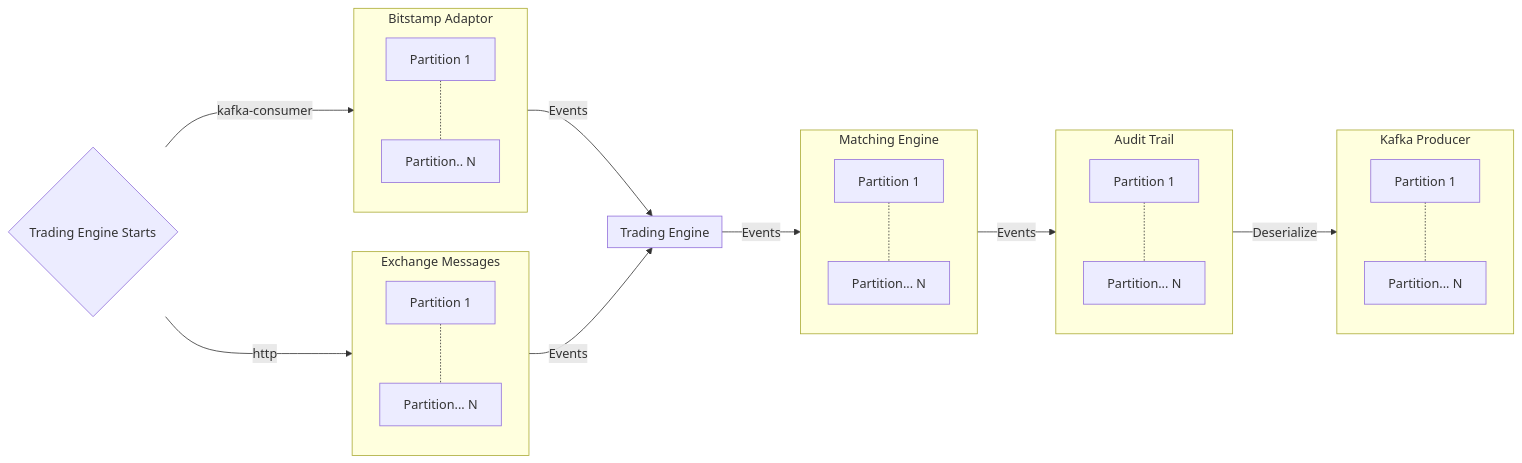
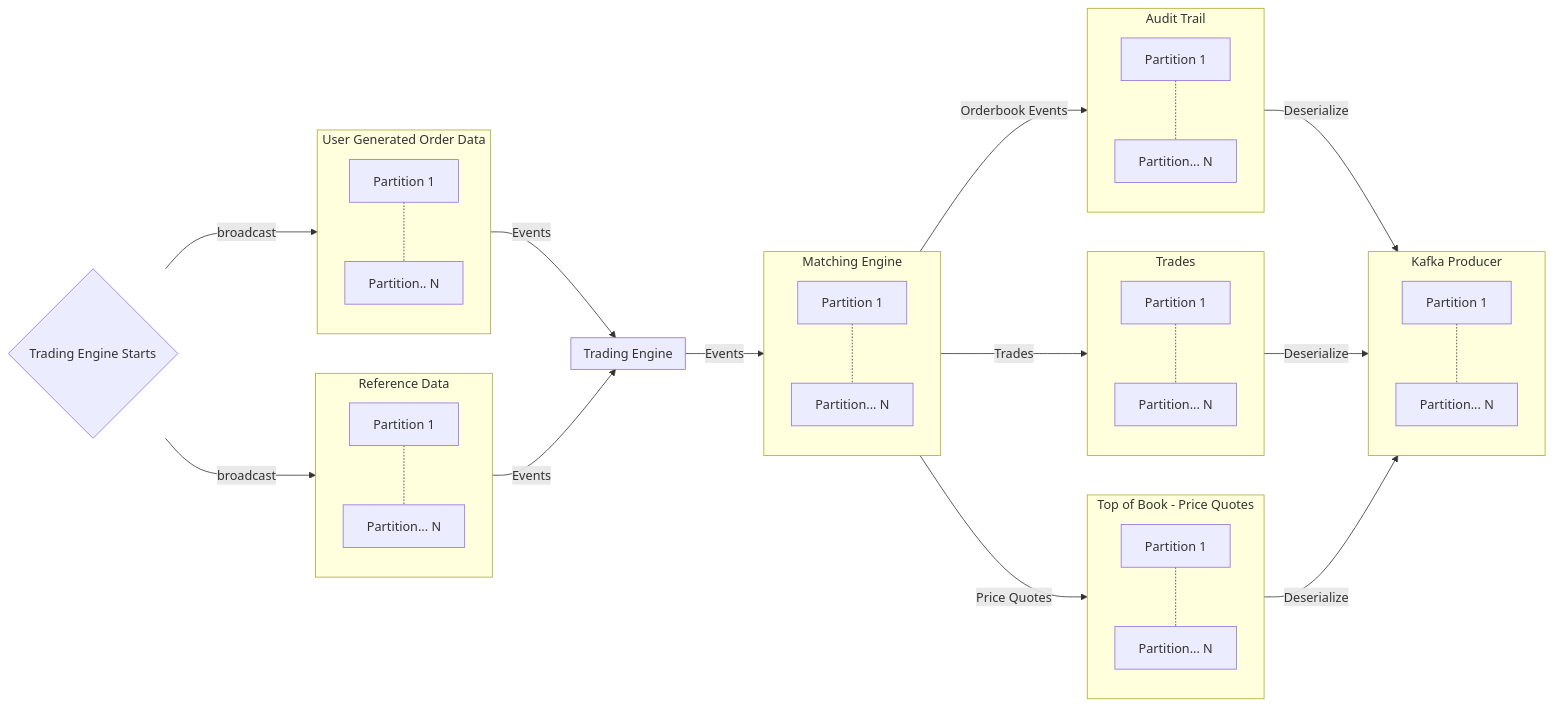
The diagram in docs/data-flow.md (christopherrons/herron-trading-engine), drawn with Mermaid before and after one commit. The commit also changed 3 other files, not shown here.

````diff
--- a/docs/data-flow.md
+++ b/docs/data-flow.md
@@ -11,33 +11,45 @@
 ```mermaid
 flowchart LR;
-    TES{Trading Engine Starts} ---> |kafka-consumer| BA
-    TES{Trading Engine Starts} ---> |http| EXM
-    
-    subgraph BA[Bitstamp Adaptor]
-        BSP1[Partition 1] -.- BSPN[Partition.. N]
-    end
-    
-   subgraph EXM[Exchange Messages]
-        EXP1[Partition 1] -.- EXP1N[Partition... N]
-    end
-    
-    BA --> |Events| TAE
-    EXM --> |Events|TAE
-    subgraph TAE[Trading Engine]
-    end
-    
-    TAE --> |Events| MAE
-    subgraph MAE[Matching Engine]
-       MAEP1[Partition 1] -.- MAEPN[Partition... N]
-    end
-    
-    MAE --> |Events| AUT
-    subgraph AUT[Audit Trail]
-        AUTP1[Partition 1] -.- AUTPN[Partition... N]
-    end
-    
-    AUT --> |Deserialize| KP
-    subgraph KP[Kafka Producer]
-            KPTP1[Partition 1] -.- KPTPN[Partition... N]
-    end
+TES{Trading Engine Starts} --->|broadcast|BA
+TES{Trading Engine Starts} ---> |broadcast|EXM
+
+subgraph BA[User Generated Order Data]
+BSP1[Partition 1] -.- BSPN[Partition.. N]
+end
+
+subgraph EXM[Reference Data]
+EXP1[Partition 1] -.- EXP1N[Partition... N]
+end
+
+BA -->|Events|TAE
+EXM -->|Events|TAE
+subgraph TAE[Trading Engine]
+end
+
+TAE -->|Events|MAE
+subgraph MAE[Matching Engine]
+MAEP1[Partition 1] -.- MAEPN[Partition... N]
+end
+
+MAE -->|Orderbook Events|AUT
+subgraph AUT[Audit Trail]
+AUTP1[Partition 1] -.- AUTPN[Partition... N]
+end
+
+MAE -->|Price Quotes|TOB
+subgraph TOB[Top of Book - Price Quotes]
+TOBP1[Partition 1] -.- TOBPN[Partition... N]
+end
+
+MAE -->|Trades|TR
+subgraph TR[Trades]
+TRP1[Partition 1] -.- TRPN[Partition... N]
+end
+
+AUT -->|Deserialize|KP
+TR -->|Deserialize|KP
+TOB -->|Deserialize|KP
+subgraph KP[Kafka Producer]
+KPTP1[Partition 1] -.- KPTPN[Partition... N]
+end
 ```
````
